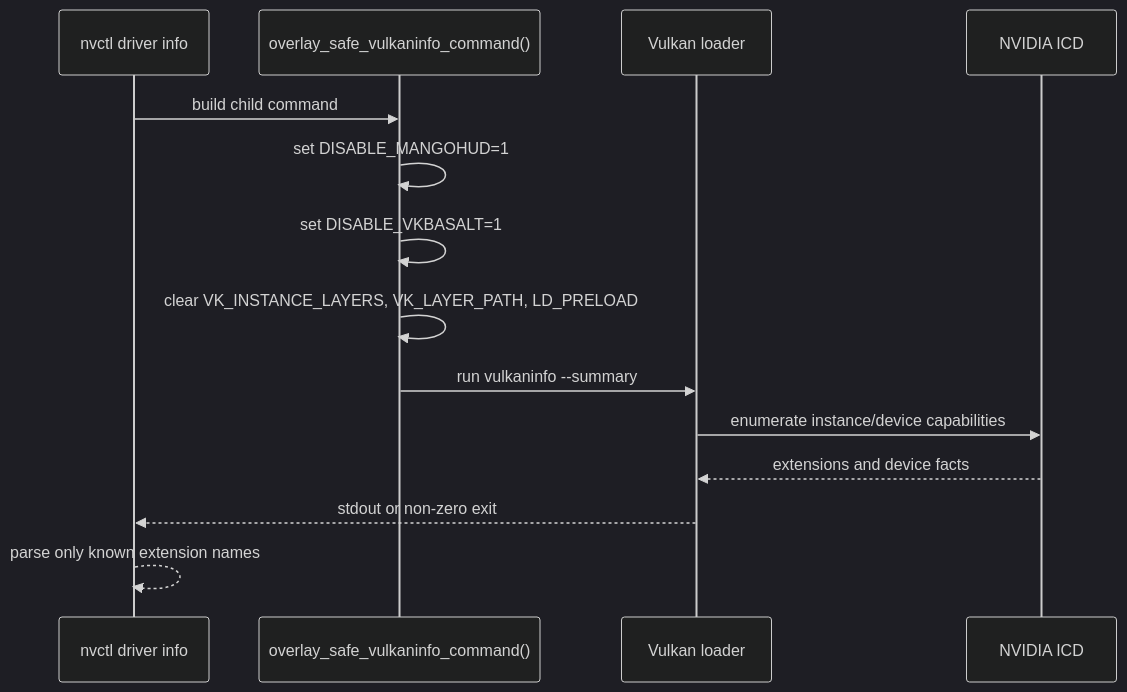
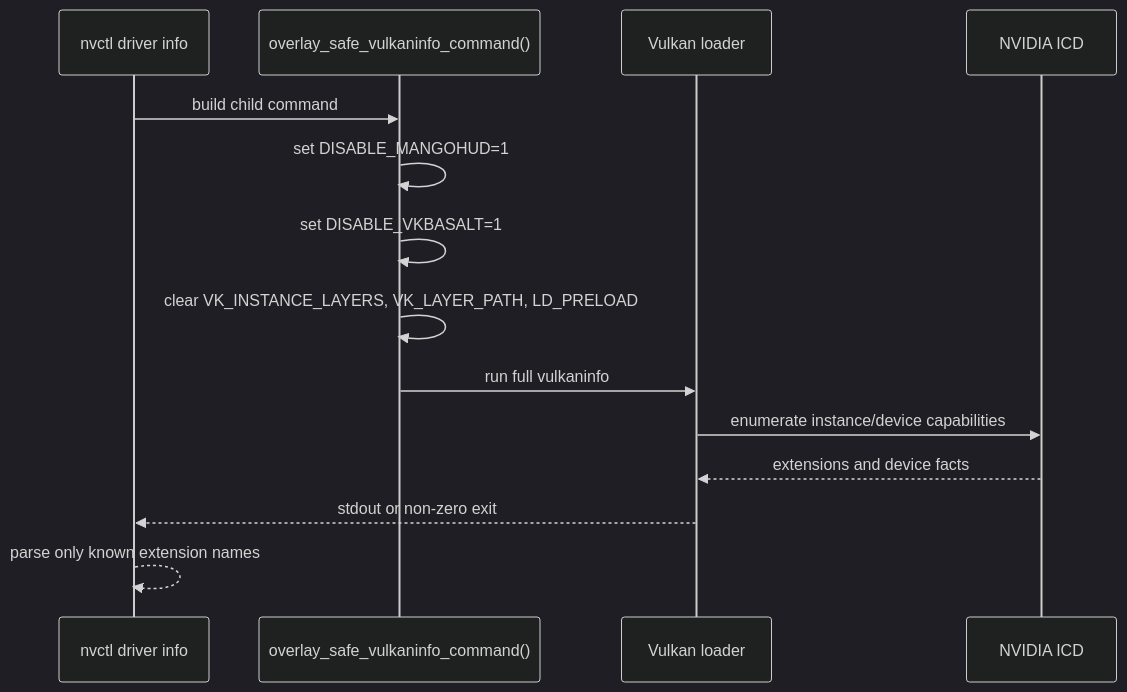
One commit to GhostKellz/nvcontrol changed the third of 7 diagrams in docs/internals/runtime-flows.md. Above: the diagram before and after it, drawn with Mermaid (dark theme). The commit also changed other lines of this file and 66 other files, not shown here.

````diff
--- a/docs/internals/runtime-flows.md
+++ b/docs/internals/runtime-flows.md
@@ -72,17 +79,17 @@
 ```mermaid
 sequenceDiagram
     participant Nvctl as nvctl driver info
     participant Cmd as overlay_safe_vulkaninfo_command()
     participant Loader as Vulkan loader
     participant ICD as NVIDIA ICD
 
     Nvctl->>Cmd: build child command
     Cmd->>Cmd: set DISABLE_MANGOHUD=1
     Cmd->>Cmd: set DISABLE_VKBASALT=1
     Cmd->>Cmd: clear VK_INSTANCE_LAYERS, VK_LAYER_PATH, LD_PRELOAD
-    Cmd->>Loader: run vulkaninfo --summary
+    Cmd->>Loader: run full vulkaninfo
     Loader->>ICD: enumerate instance/device capabilities
     ICD-->>Loader: extensions and device facts
     Loader-->>Nvctl: stdout or non-zero exit
     Nvctl-->>Nvctl: parse only known extension names
 ```
````
